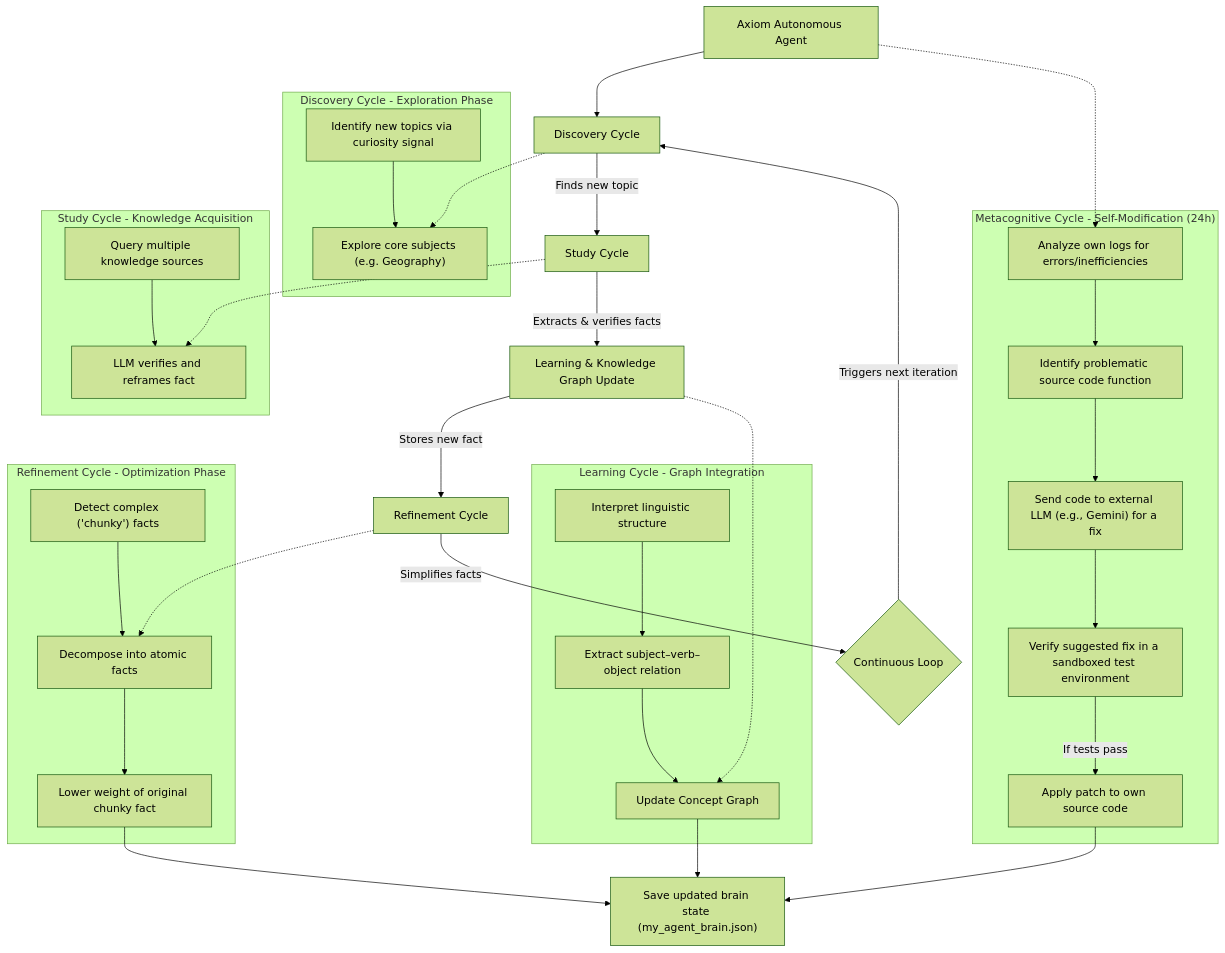
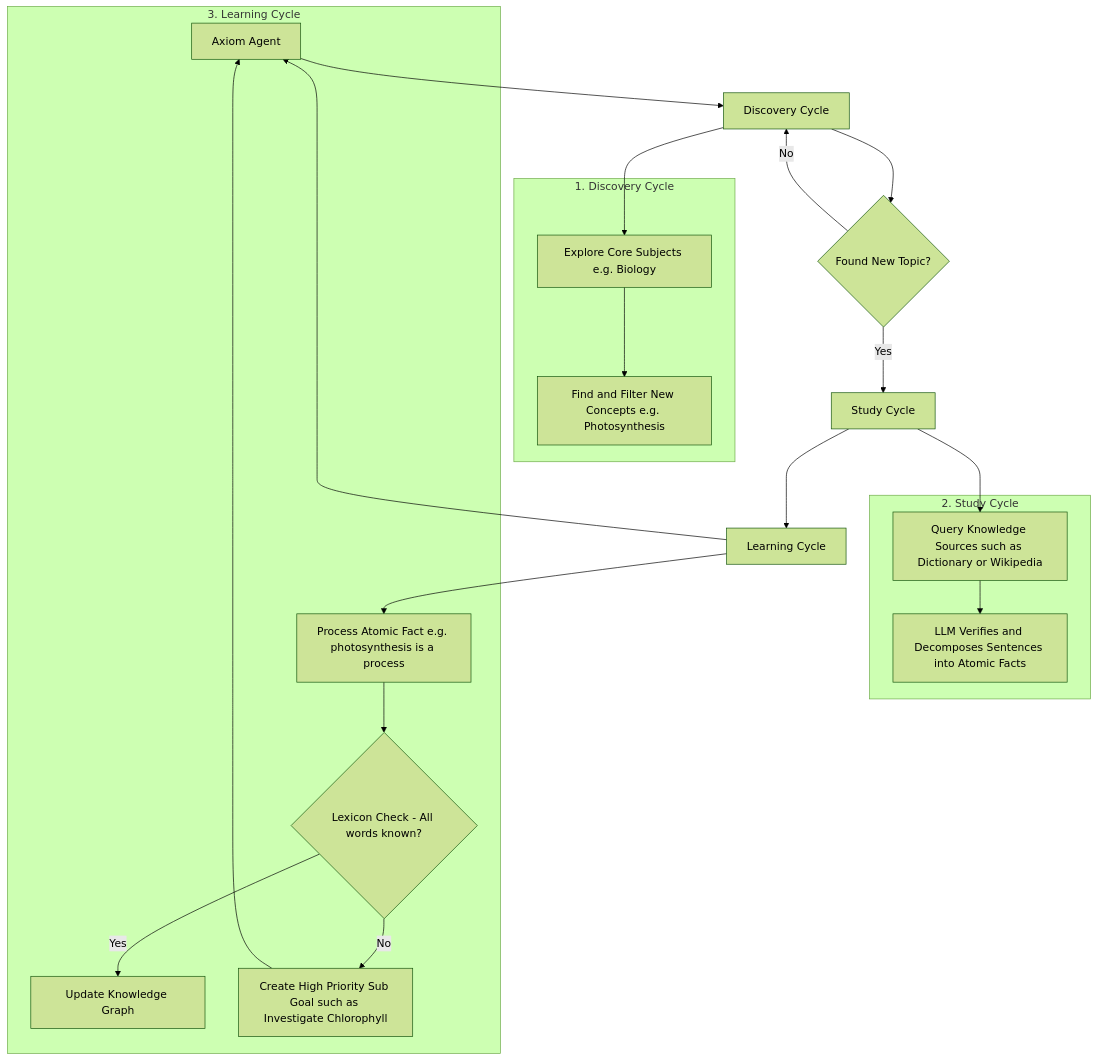
The first of 3 diagrams in README.md (vicsanity623/Axiom-Agent), drawn with Mermaid before and after one commit. The commit also changed other lines of this file and 26 other files, not shown here.

Commit message:
feat: Implement Metacognitive Engine and Autonomous Learning Overhaul

````diff
--- a/README.md
+++ b/README.md
@@ -29,60 +32,35 @@
 ```mermaid
 %%{init: {"theme": "forest"}}%%
 flowchart TD
-    %% Main Loop %%
-    A["Axiom Autonomous Agent"] --> B["Discovery Cycle"]
-    B -->|Finds new topic| C["Study Cycle"]
-    C -->|Extracts & verifies facts| D["Learning & Knowledge Graph Update"]
-    D -->|Stores new fact| E["Refinement Cycle"]
-    E -->|Simplifies facts| F{"Continuous Loop"}
-    F -->|Triggers next iteration| B
+    A["Axiom Agent"] --> B[Discovery Cycle]
+    B --> C{Found New Topic?}
+    C -- Yes --> D[Study Cycle]
+    C -- No --> B
+    D --> E[Learning Cycle]
+    E --> A
 
-    %% Metacognitive Loop (Parallel) %%
-    subgraph META["Metacognitive Cycle - Self-Modification (24h)"]
-    M1["Analyze own logs for errors/inefficiencies"] --> M2["Identify problematic source code function"]
-    M2 --> M3["Send code to external LLM (e.g., Gemini) for a fix"]
-    M3 --> M4["Verify suggested fix in a sandboxed test environment"]
-    M4 -- "If tests pass" --> M5["Apply patch to own source code"]
+    subgraph DISCOVERY ["1. Discovery Cycle"]
+        B1[Explore Core Subjects e.g. Biology]
+        B2[Find and Filter New Concepts e.g. Photosynthesis]
+        B1 --> B2
     end
-    A -.-> M1
+    
+    subgraph STUDY ["2. Study Cycle"]
+        S1[Query Knowledge Sources such as Dictionary or Wikipedia]
+        S2[LLM Verifies and Decomposes Sentences into Atomic Facts]
+        S1 --> S2
+    end
 
-    %% Discovery Cycle %%
-    subgraph DISCOVERY["Discovery Cycle - Exploration Phase"]
-    D1A["Identify new topics via curiosity signal"]
-    D1B["Explore core subjects (e.g. Geography)"]
-    D1A --> D1B
+    subgraph LEARN ["3. Learning Cycle"]
+        L1[Process Atomic Fact e.g. photosynthesis is a process]
+        L2{Lexicon Check - All words known?}
+        L1 --> L2
+        L2 -- Yes --> L3[Update Knowledge Graph]
+        L2 -- No --> L4[Create High Priority Sub Goal such as Investigate Chlorophyll]
+        L4 --> A
     end
-    B -.-> D1B
-
-    %% Study Cycle %%
-    subgraph STUDY["Study Cycle - Knowledge Acquisition"]
-    S1["Query multiple knowledge sources"]
-    S5["LLM verifies and reframes fact"]
-    S1 --> S5
-    end
-    C -.-> S5
-
-    %% Learning Cycle %%
-    subgraph LEARN["Learning Cycle - Graph Integration"]
-    L1["Interpret linguistic structure"]
-    L2["Extract subject–verb–object relation"]
-    L3["Update Concept Graph"]
-    L1 --> L2 --> L3
-    end
-    D -.-> L3
-
-    %% Refinement Cycle %%
-    subgraph REFINE["Refinement Cycle - Optimization Phase"]
-    R1["Detect complex ('chunky') facts"]
-    R2["Decompose into atomic facts"]
-    R4["Lower weight of original chunky fact"]
-    R1 --> R2 --> R4
-    end
-    E -.-> R2
-
-    %% Persistence %%
-    P["Save updated brain state (my_agent_brain.json)"]
-    L3 --> P
-    R4 --> P
-    M5 --> P
+    
+    B --> B1
+    D --> S1
+    E --> L1
 ```
````
